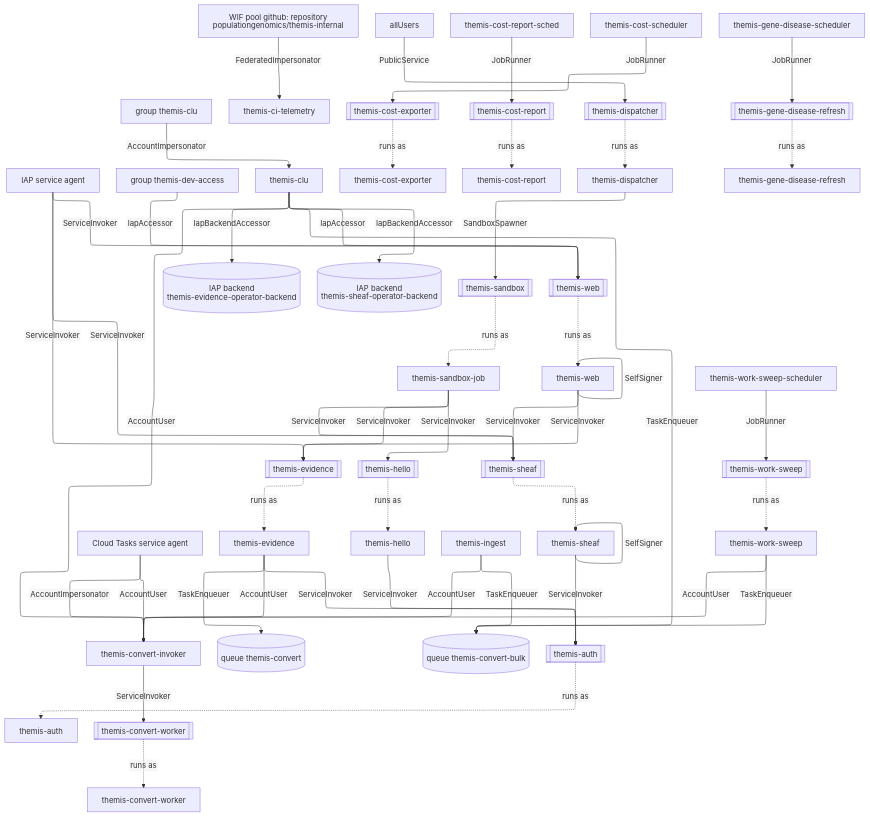
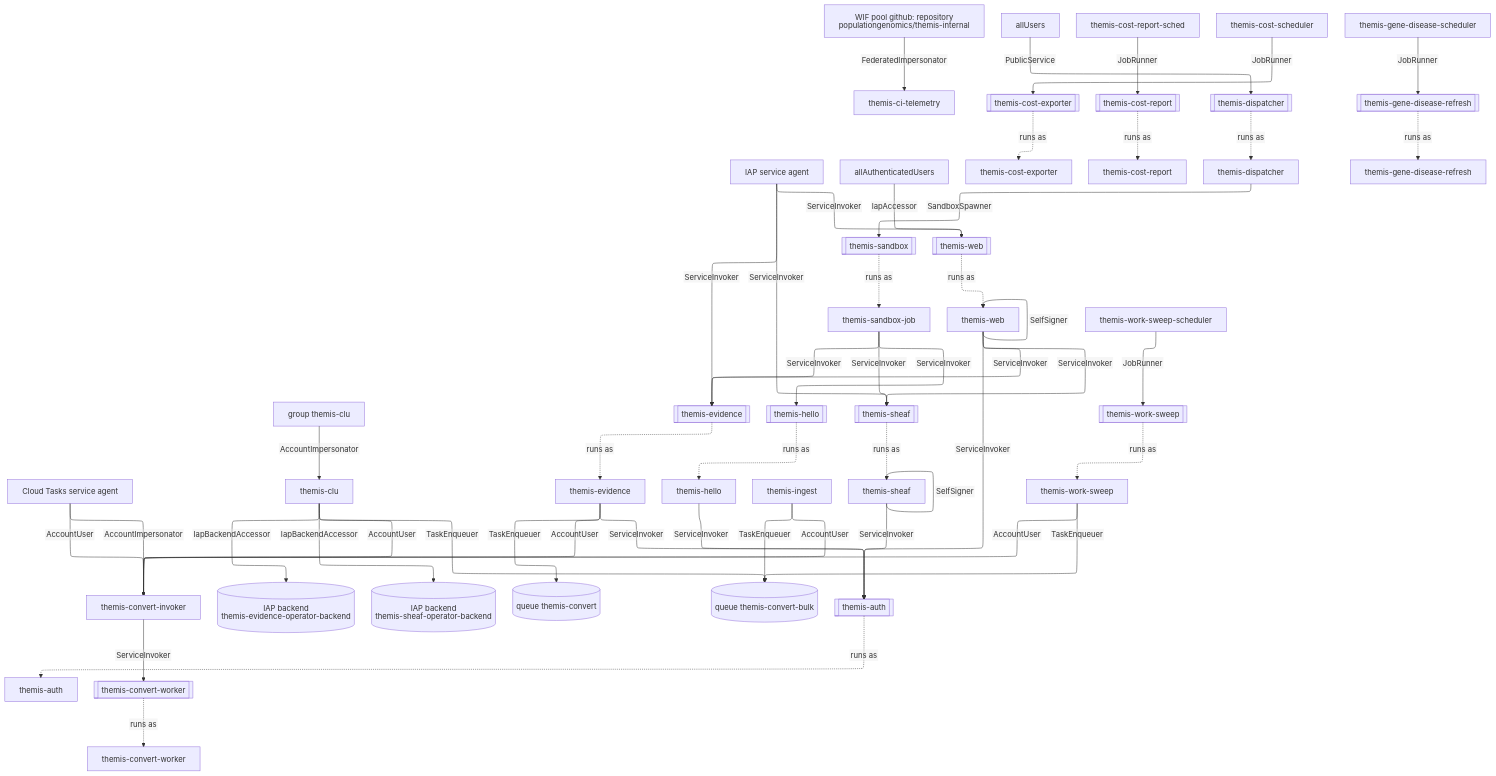
The diagram in docs/design/grants/calls.mmd (populationgenomics/themis), drawn with Mermaid before and after one commit. The commit also changed 179 other files, not shown here.

```diff
--- a/docs/design/grants/calls.mmd
+++ b/docs/design/grants/calls.mmd
@@ -1,92 +1,92 @@
 %%{init: {"layout": "elk", "elk": {"mergeEdges": true, "nodePlacementStrategy": "NETWORK_SIMPLEX"}, "htmlLabels": false, "flowchart": {"htmlLabels": false, "wrappingWidth": 320}}}%%
 flowchart TB
     n0["Cloud Tasks service agent"]
     n1["IAP service agent"]
     n2["WIF pool github: repository populationgenomics/themis-internal"]
-    n3["allUsers"]
-    n4["group themis-clu"]
-    n5["group themis-dev-access"]
+    n3["allAuthenticatedUsers"]
+    n4["allUsers"]
+    n5["group themis-clu"]
     n6["themis-auth"]
     n7["themis-ci-telemetry"]
     n8["themis-clu"]
     n9["themis-convert-invoker"]
     n10["themis-convert-worker"]
     n11["themis-cost-exporter"]
     n12["themis-cost-report"]
     n13["themis-cost-report-sched"]
     n14["themis-cost-scheduler"]
     n15["themis-dispatcher"]
     n16["themis-evidence"]
     n17["themis-gene-disease-refresh"]
     n18["themis-gene-disease-scheduler"]
     n19["themis-hello"]
     n20["themis-ingest"]
     n21["themis-sandbox-job"]
     n22["themis-sheaf"]
     n23["themis-web"]
     n24["themis-work-sweep"]
     n25["themis-work-sweep-scheduler"]
     n26[("IAP backend themis-evidence-operator-backend")]
     n27[("IAP backend themis-sheaf-operator-backend")]
     n28[("queue themis-convert")]
     n29[("queue themis-convert-bulk")]
     n30[["themis-auth"]]
     n31[["themis-convert-worker"]]
     n32[["themis-cost-exporter"]]
     n33[["themis-cost-report"]]
     n34[["themis-dispatcher"]]
     n35[["themis-evidence"]]
     n36[["themis-gene-disease-refresh"]]
     n37[["themis-hello"]]
     n38[["themis-sandbox"]]
     n39[["themis-sheaf"]]
     n40[["themis-web"]]
     n41[["themis-work-sweep"]]
     n0 -->|AccountImpersonator| n9
     n0 -->|AccountUser| n9
     n1 -->|ServiceInvoker| n35
     n1 -->|ServiceInvoker| n39
     n1 -->|ServiceInvoker| n40
     n2 -->|FederatedImpersonator| n7
-    n3 -->|PublicService| n34
-    n4 -->|AccountImpersonator| n8
-    n5 -->|IapAccessor| n40
+    n3 -->|IapAccessor| n40
+    n4 -->|PublicService| n34
+    n5 -->|AccountImpersonator| n8
     n8 -->|AccountUser| n9
-    n8 -->|IapAccessor| n40
     n8 -->|IapBackendAccessor| n26
     n8 -->|IapBackendAccessor| n27
     n8 -->|TaskEnqueuer| n29
     n9 -->|ServiceInvoker| n31
     n13 -->|JobRunner| n33
     n14 -->|JobRunner| n32
     n15 -->|SandboxSpawner| n38
     n16 -->|AccountUser| n9
     n16 -->|ServiceInvoker| n30
     n16 -->|TaskEnqueuer| n28
     n18 -->|JobRunner| n36
     n19 -->|ServiceInvoker| n30
     n20 -->|AccountUser| n9
     n20 -->|TaskEnqueuer| n29
     n21 -->|ServiceInvoker| n35
     n21 -->|ServiceInvoker| n37
     n21 -->|ServiceInvoker| n39
     n22 -->|SelfSigner| n22
     n22 -->|ServiceInvoker| n30
     n23 -->|SelfSigner| n23
+    n23 -->|ServiceInvoker| n30
     n23 -->|ServiceInvoker| n35
     n23 -->|ServiceInvoker| n39
     n24 -->|AccountUser| n9
     n24 -->|TaskEnqueuer| n29
     n25 -->|JobRunner| n41
     n30 -. runs as .-> n6
     n31 -. runs as .-> n10
     n32 -. runs as .-> n11
     n33 -. runs as .-> n12
     n34 -. runs as .-> n15
     n35 -. runs as .-> n16
     n36 -. runs as .-> n17
     n37 -. runs as .-> n19
     n38 -. runs as .-> n21
     n39 -. runs as .-> n22
     n40 -. runs as .-> n23
     n41 -. runs as .-> n24
```
